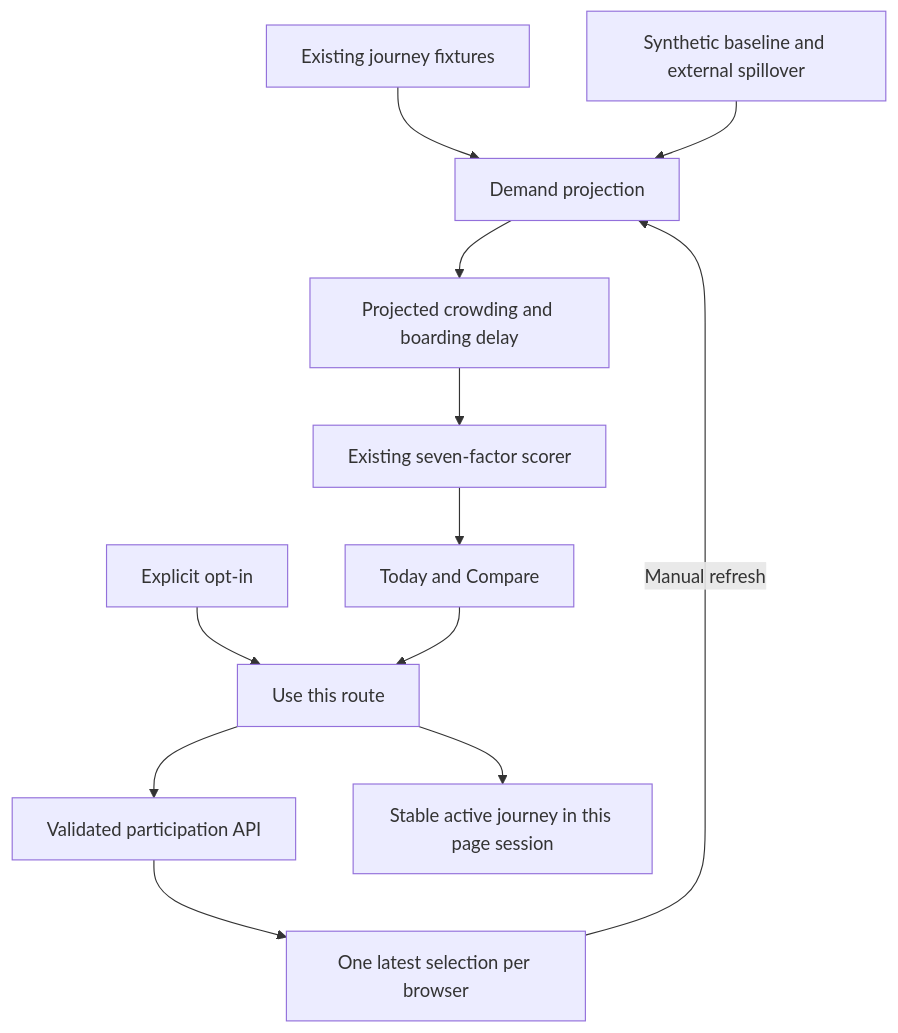
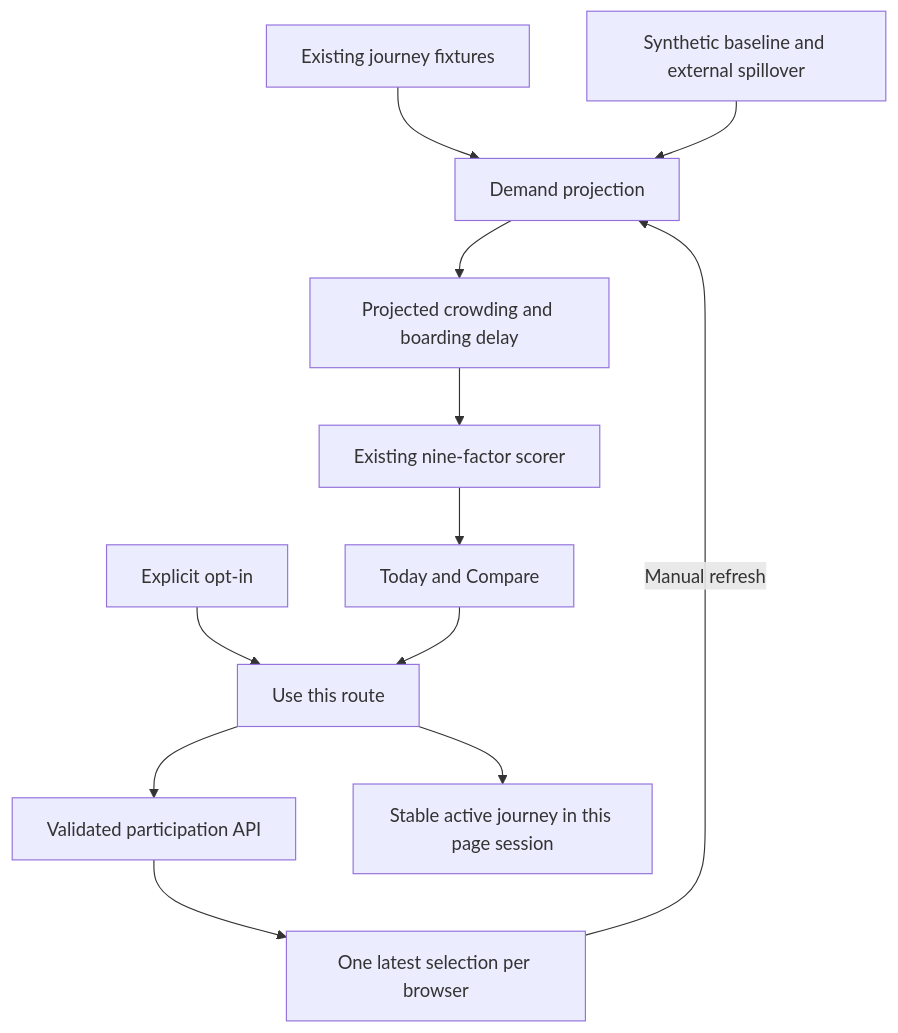
One commit to Bryan-chua/LTA_Hackathon changed the diagram in docs/DEMAND_AWARE_ROUTING.md. Above: the diagram before and after it, drawn with Mermaid. The commit also changed 22 other files, not shown here.

````diff
--- a/docs/DEMAND_AWARE_ROUTING.md
+++ b/docs/DEMAND_AWARE_ROUTING.md
@@ -40,14 +40,14 @@
 ```mermaid
 flowchart TD
     Fixtures[Existing journey fixtures] --> Forecast[Demand projection]
     Baseline[Synthetic baseline and external spillover] --> Forecast
     Consent[Explicit opt-in] --> Selection[Use this route]
     Selection --> API[Validated participation API]
     API --> Store[One latest selection per browser]
     Store -->|Manual refresh| Forecast
     Forecast --> Delay[Projected crowding and boarding delay]
-    Delay --> Score[Existing seven-factor scorer]
+    Delay --> Score[Existing nine-factor scorer]
     Score --> Advice[Today and Compare]
     Advice --> Selection
     Selection --> Frozen[Stable active journey in this page session]
 ```
````
